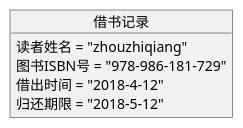
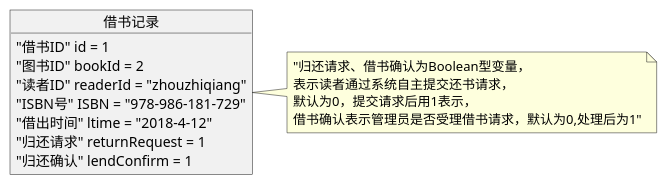
One commit to aGreySky/is_analysis changed the diagram in test3/借书记录的对象图.wsd. Above: the diagram before and after it, drawn with PlantUML. The commit also changed 16 other files, not shown here.

Commit message:
完善，增加了类图和对象图的参数

```diff
--- a/test3/借书记录的对象图.wsd
+++ b/test3/借书记录的对象图.wsd
@@ -1,11 +1,15 @@
 @startuml
 
 object 借书记录 {
-	 	读者姓名 = "zhouzhiqiang"
-	 	图书ISBN号 = "978-986-181-729"
-	 	借出时间 = "2018-4-12"
-	 	归还期限 = "2018-5-12"
-}
+		"借书ID" id = 1
+		"图书ID" bookId = 2
+	 	"读者ID" readerId = "zhouzhiqiang"
+	 	"ISBN号" ISBN = "978-986-181-729"
+	 	"借出时间" ltime = "2018-4-12"
+	 	"归还请求" returnRequest = 1
+	 	"归还确认" lendConfirm = 1
+	}
 
+	note right : "归还请求、借书确认为Boolean型变量，\n表示读者通过系统自主提交还书请求，\n默认为0，提交请求后用1表示，\n借书确认表示管理员是否受理借书请求，默认为0,处理后为1"
 
 @enduml
```
